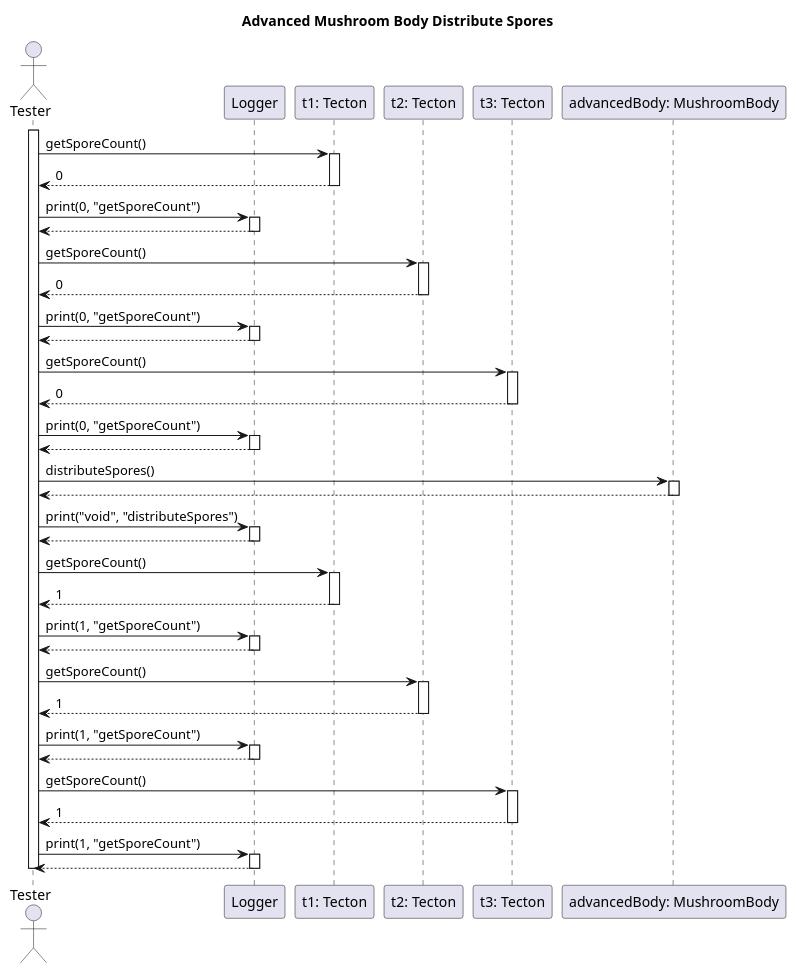
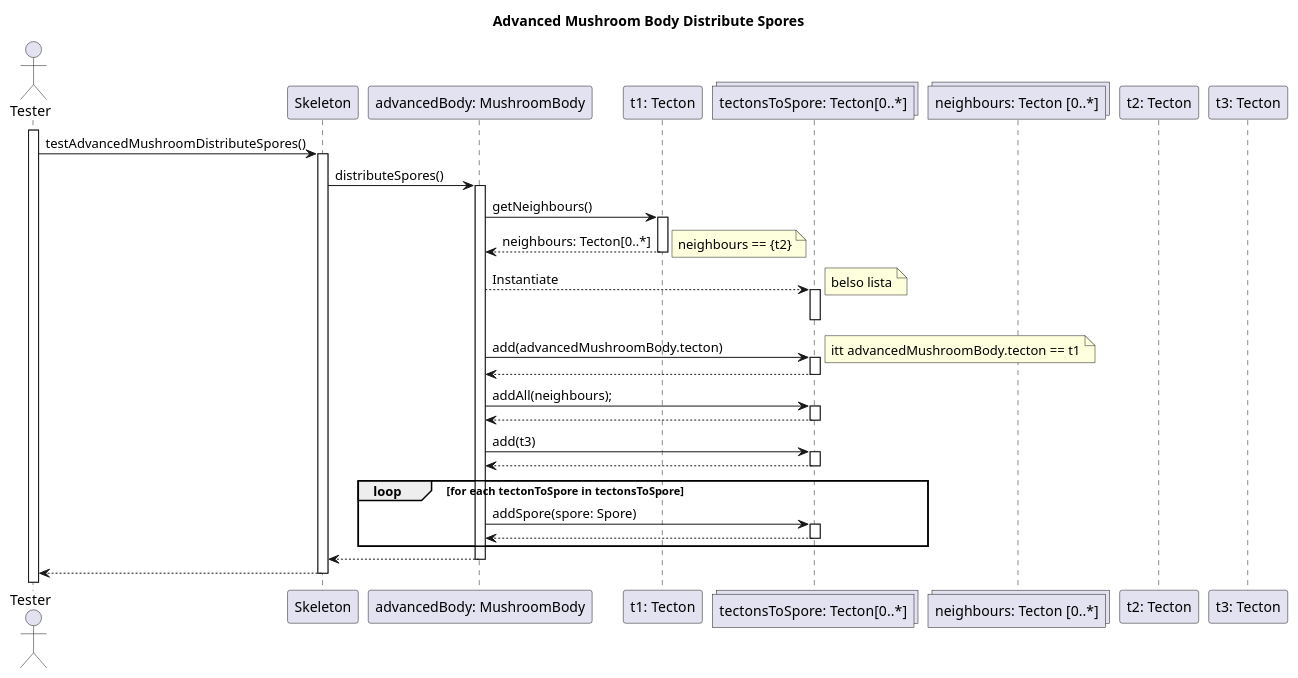
One commit to dzsem/projlab changed the diagram in diagrams/test-sequence/mushroom/advancedMushroomBodyDistributeSpores.wsd. Above: the diagram before and after it, drawn with PlantUML. The commit also changed 1 other file, not shown here.

Commit message:
Fixed advanced mushroomBodyDistributeSpores

```diff
--- a/diagrams/test-sequence/mushroom/advancedMushroomBodyDistributeSpores.wsd
+++ b/diagrams/test-sequence/mushroom/advancedMushroomBodyDistributeSpores.wsd
@@ -1,89 +1,90 @@
 @startuml Advanced Mushroom Body Distribute Spores
 
 title Advanced Mushroom Body Distribute Spores
 
 actor "Tester" as tester
 
-participant "Logger" as logger
+participant "Skeleton" as skeleton
+
+participant "advancedBody: MushroomBody" as amb
 
 participant "t1: Tecton" as t1
+
+activate tester
+
+collections "tectonsToSpore: Tecton[0..*]" as tectons
+collections "neighbours: Tecton [0..*]"
 participant "t2: Tecton" as t2
 participant "t3: Tecton" as t3
 
-participant "advancedBody: MushroomBody" as amb
+tester -> skeleton: testAdvancedMushroomDistributeSpores()
+activate skeleton
 
-activate tester
+skeleton -> amb: distributeSpores() 
+activate amb
 
-tester -> t1: getSporeCount()
+' COPY BEGIN
+
+amb -> t1 : getNeighbours()
+
 activate t1
-t1 --> tester: 0
+t1 --> amb : neighbours: Tecton[0..*]
+note right: neighbours == {t2} 
 deactivate t1
 
-tester -> logger: print(0, "getSporeCount")
-activate logger
-logger --> tester
-deactivate logger
+amb --> tectons: Instantiate
+note right: belso lista
+activate tectons
+deactivate tectons
+    
+    amb -> tectons: add(advancedMushroomBody.tecton) 
+    note right: itt advancedMushroomBody.tecton == t1
+    activate tectons
+    tectons --> amb
+    deactivate tectons
+    
+    amb -> tectons: addAll(neighbours);
+    activate tectons
+    tectons --> amb
+    deactivate tectons
 
-tester -> t2: getSporeCount()
-activate t2
-t2 --> tester: 0
-deactivate t2
+    ' Could not use
+    ' opt body.age >= advancedAge
+    '     loop for each neighbour in neighbours
+    '         opt !tectonsToSpore.contains(neighbour)
+    '             body -> tectons: tectonsToSpore.add(neighbourOfNeighbour)
+    '             activate tectons
+    '             tectons --> body
+    '             deactivate tectons
+    '         end
+    '     end
+    ' end
 
-tester -> logger: print(0, "getSporeCount")
-activate logger
-logger --> tester
-deactivate logger
+    amb -> tectons: add(t3)
+    activate tectons
+    tectons --> amb
+    deactivate tectons
 
-tester -> t3: getSporeCount()
-activate t3
-t3 --> tester: 0
-deactivate t3
+    loop for each tectonToSpore in tectonsToSpore
+        amb -> tectons : addSpore(spore: Spore)
+        activate tectons
+        tectons --> amb 
+        deactivate tectons
+    end
 
-tester -> logger: print(0, "getSporeCount")
-activate logger
-logger --> tester
-deactivate logger
+    ' Not part of the test-case
+    ' opt body.remainingSpore == 0
+    '     body -> tecton : removeBody(body)
+    '     activate tecton
+    '     tecton --> body
+    '     deactivate tecton
+    ' end
+' COPY END
 
-tester -> amb: distributeSpores() 
-activate amb
-amb --> tester
+amb --> skeleton
 deactivate amb
 
-tester -> logger: print("void", "distributeSpores")
-activate logger
-logger --> tester
-deactivate logger
+skeleton --> tester
+deactivate skeleton
 
-tester -> t1: getSporeCount()
-activate t1
-t1 --> tester: 1
-deactivate t1
-
-tester -> logger: print(1, "getSporeCount")
-activate logger
-logger --> tester
-deactivate logger
-
-tester -> t2: getSporeCount()
-activate t2
-t2 --> tester: 1
-deactivate t2
-
-tester -> logger: print(1, "getSporeCount")
-activate logger
-logger --> tester
-deactivate logger
-
-tester -> t3: getSporeCount()
-activate t3
-t3 --> tester: 1
-deactivate t3
-
-tester -> logger: print(1, "getSporeCount")
-activate logger
-logger --> tester
-deactivate logger
-
-
-deactivate tester
 @enduml
```
